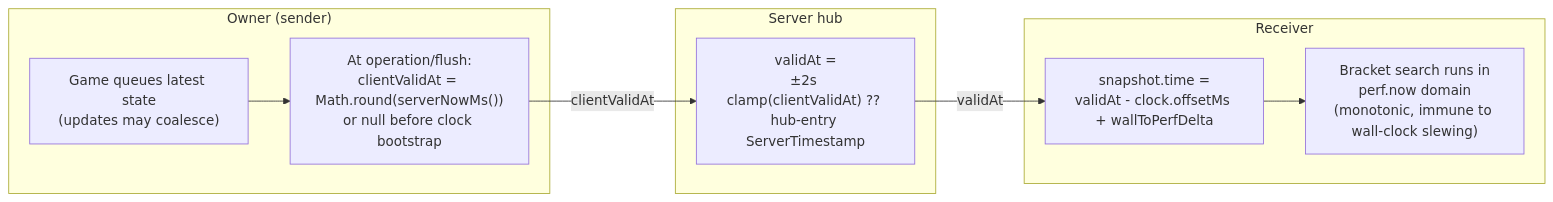
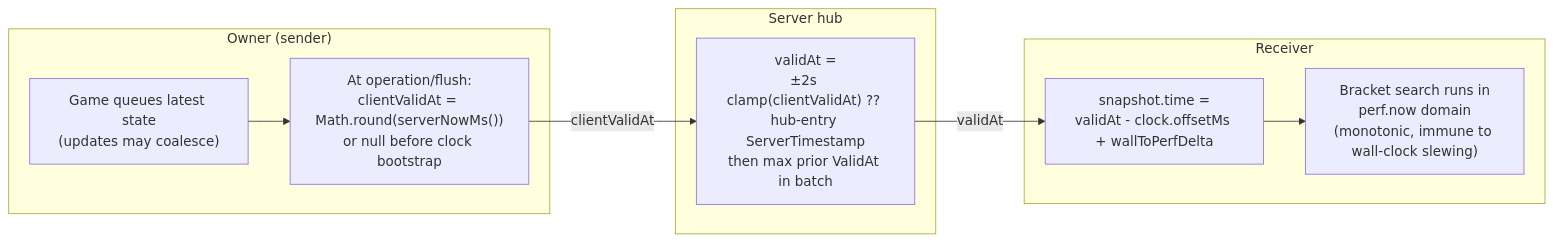
One commit to badvoidstar/astervoids changed diagram 24 of 36 in ARCHITECTURE.md. Above: the diagram before and after it, drawn with Mermaid. The commit also changed other lines of this file and 16 other files, not shown here.

````diff
--- a/ARCHITECTURE.md
+++ b/ARCHITECTURE.md
@@ -1015,21 +1015,21 @@
 ```mermaid
 flowchart LR
     subgraph "Owner (sender)"
         QUEUE["Game queues latest state<br/>(updates may coalesce)"]
         STAMP["At operation/flush:<br/>clientValidAt = Math.round(serverNowMs())<br/>or null before clock bootstrap"]
         QUEUE --> STAMP
     end
 
     subgraph "Server hub"
-        CLAMP["validAt =<br/>±2s clamp(clientValidAt) ?? hub-entry ServerTimestamp"]
+        CLAMP["validAt =<br/>±2s clamp(clientValidAt) ?? hub-entry ServerTimestamp<br/>then max prior ValidAt in batch"]
     end
 
     subgraph "Receiver"
         CONV["snapshot.time =<br/>validAt - clock.offsetMs + wallToPerfDelta"]
         BRACKET["Bracket search runs in<br/>perf.now domain<br/>(monotonic, immune to wall-clock slewing)"]
         CONV --> BRACKET
     end
 
     STAMP -->|"clientValidAt"| CLAMP
     CLAMP -->|"validAt"| CONV
 ```
````
